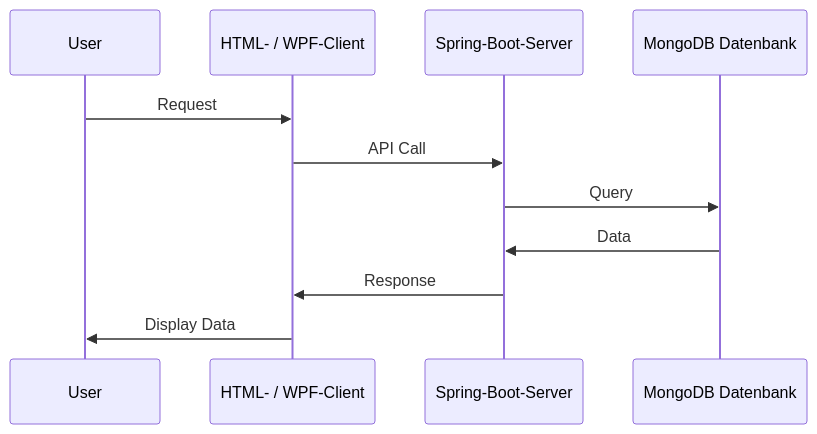
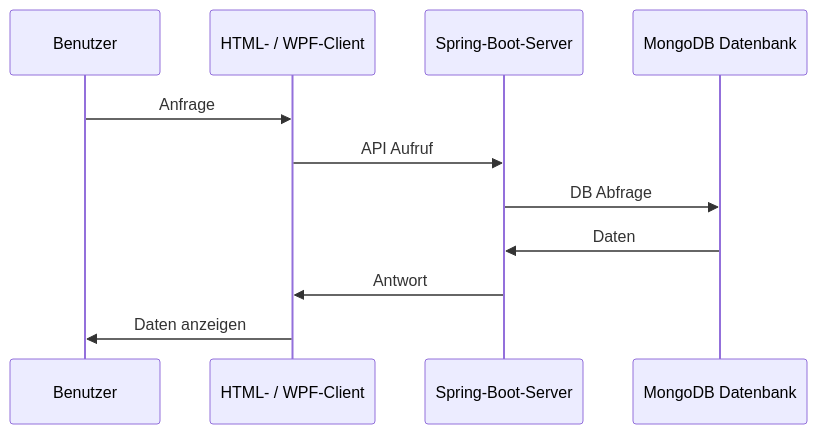
The third of 6 diagrams in README.md (Paul06w/POS_Projekt_2024), drawn with Mermaid before and after one commit. The commit also changed other lines of this file, not shown here.

````diff
--- a/README.md
+++ b/README.md
@@ -406,14 +400,14 @@
 ```mermaid
 sequenceDiagram
-    participant User
+    participant Benutzer
     participant HTML- / WPF-Client
     participant Spring-Boot-Server
     participant MongoDB Datenbank
 
-    User->>HTML- / WPF-Client: Request
-    HTML- / WPF-Client->>Spring-Boot-Server: API Call
-    Spring-Boot-Server->>MongoDB Datenbank: Query
-    MongoDB Datenbank->>Spring-Boot-Server: Data
-    Spring-Boot-Server->>HTML- / WPF-Client: Response
-    HTML- / WPF-Client->>User: Display Data
+    Benutzer->>HTML- / WPF-Client: Anfrage
+    HTML- / WPF-Client->>Spring-Boot-Server: API Aufruf
+    Spring-Boot-Server->>MongoDB Datenbank: DB Abfrage
+    MongoDB Datenbank->>Spring-Boot-Server: Daten
+    Spring-Boot-Server->>HTML- / WPF-Client: Antwort
+    HTML- / WPF-Client->>Benutzer: Daten anzeigen
 ```
````
